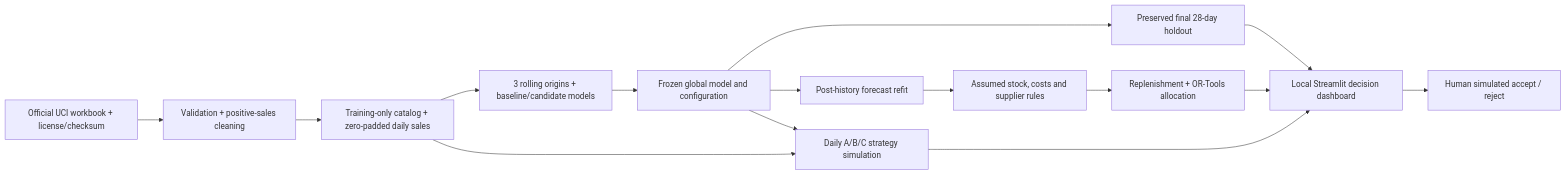
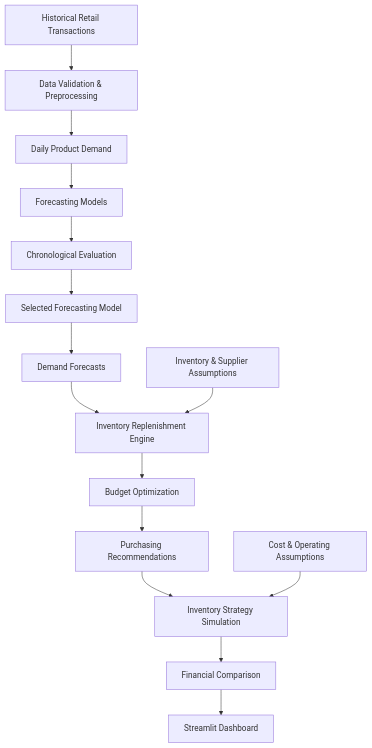
Before and after one commit to dmitriipetrushin/AI-Retail-Demand-Forecasting-Inventory-Optimization: the diagram in README.md, drawn with Mermaid. The commit also changed other lines of this file and 2 other files, not shown here.

Commit message:
Initial release: AI Retail Demand Forecasting and Inventory Optimization

````diff
--- a/README.md
+++ b/README.md
@@ -29,17 +163,17 @@
 ```mermaid
-flowchart LR
-    A[Official UCI workbook + license/checksum] --> B[Validation + positive-sales cleaning]
-    B --> C[Training-only catalog + zero-padded daily sales]
-    C --> D[3 rolling origins + baseline/candidate models]
-    D --> E[Frozen global model and configuration]
-    E --> F[Preserved final 28-day holdout]
-    E --> G[Post-history forecast refit]
-    G --> H[Assumed stock, costs and supplier rules]
-    H --> I[Replenishment + OR-Tools allocation]
-    C --> J[Daily A/B/C strategy simulation]
-    E --> J
-    F --> K[Local Streamlit decision dashboard]
-    I --> K
-    J --> K
-    K --> L[Human simulated accept / reject]
+flowchart TD
+    A[Historical Retail Transactions] --> B[Data Validation & Preprocessing]
+    B --> C[Daily Product Demand]
+    C --> D[Forecasting Models]
+    D --> E[Chronological Evaluation]
+    E --> F[Selected Forecasting Model]
+    F --> G[Demand Forecasts]
+    G --> H[Inventory Replenishment Engine]
+    I[Inventory & Supplier Assumptions] --> H
+    H --> J[Budget Optimization]
+    J --> K[Purchasing Recommendations]
+    K --> L[Inventory Strategy Simulation]
+    M[Cost & Operating Assumptions] --> L
+    L --> N[Financial Comparison]
+    N --> O[Streamlit Dashboard]
 ```
````
